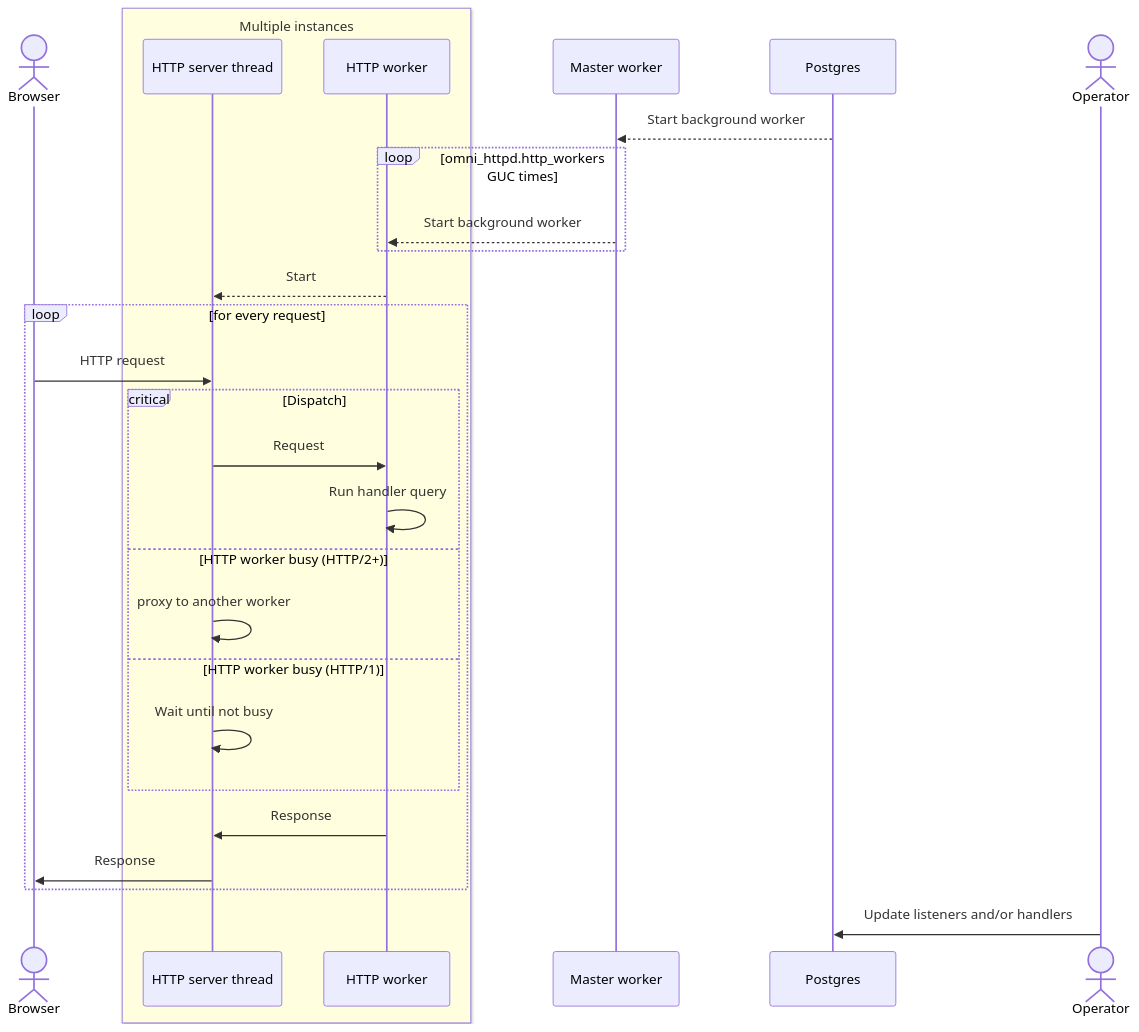
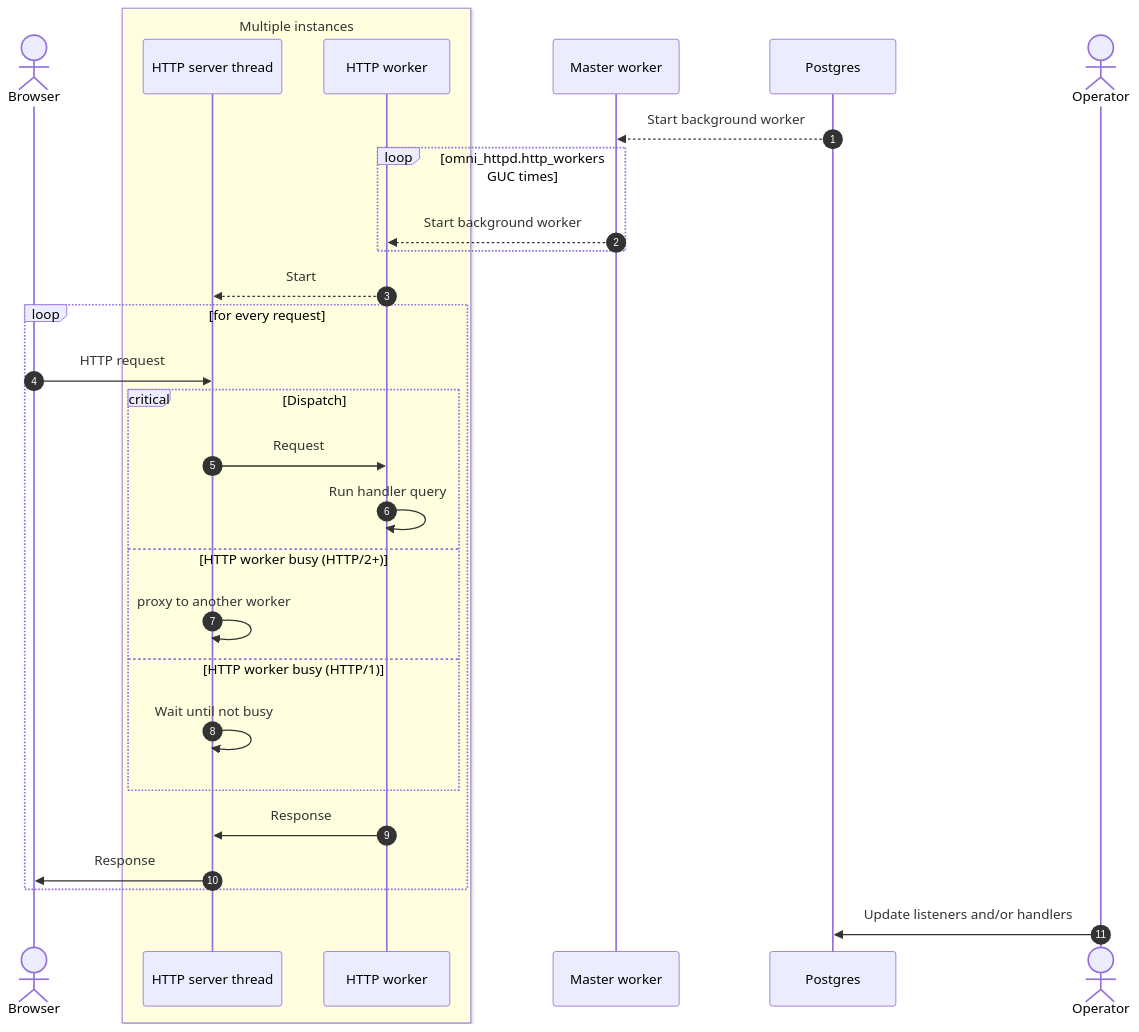
One commit to omnigres/omnigres changed the diagram in extensions/omni_httpd/docs/architecture.md. Above: the diagram before and after it, drawn with Mermaid. The commit also changed other lines of this file and 1 other file, not shown here.

First line of the commit message:
Problem: omni_httpd architecture is not clear

````diff
--- a/extensions/omni_httpd/docs/architecture.md
+++ b/extensions/omni_httpd/docs/architecture.md
@@ -3,32 +30,33 @@
 ```mermaid
 sequenceDiagram
+    autonumber
     actor B as Browser
     box lightyellow Multiple instances
       participant H as HTTP server thread
       participant HW as HTTP worker
     end
     participant MW as Master worker
     participant P as Postgres
     actor O as Operator
    
     P -->> MW: Start background worker
     loop omni_httpd.http_workers GUC times
       MW -->> HW: Start background worker
     end
     HW -->> H: Start
     loop for every request
       B ->> H: HTTP request
       critical Dispatch
        H ->> HW: Request
        HW ->> HW: Run handler query
       option HTTP worker busy (HTTP/2+)
        H ->> H: proxy to another worker
       option HTTP worker busy (HTTP/1)
        H ->> H: Wait until not busy
       end
       HW ->> H: Response
       H ->> B: Response
     end
 
     O ->> P: Update listeners and/or handlers
 ```
````
